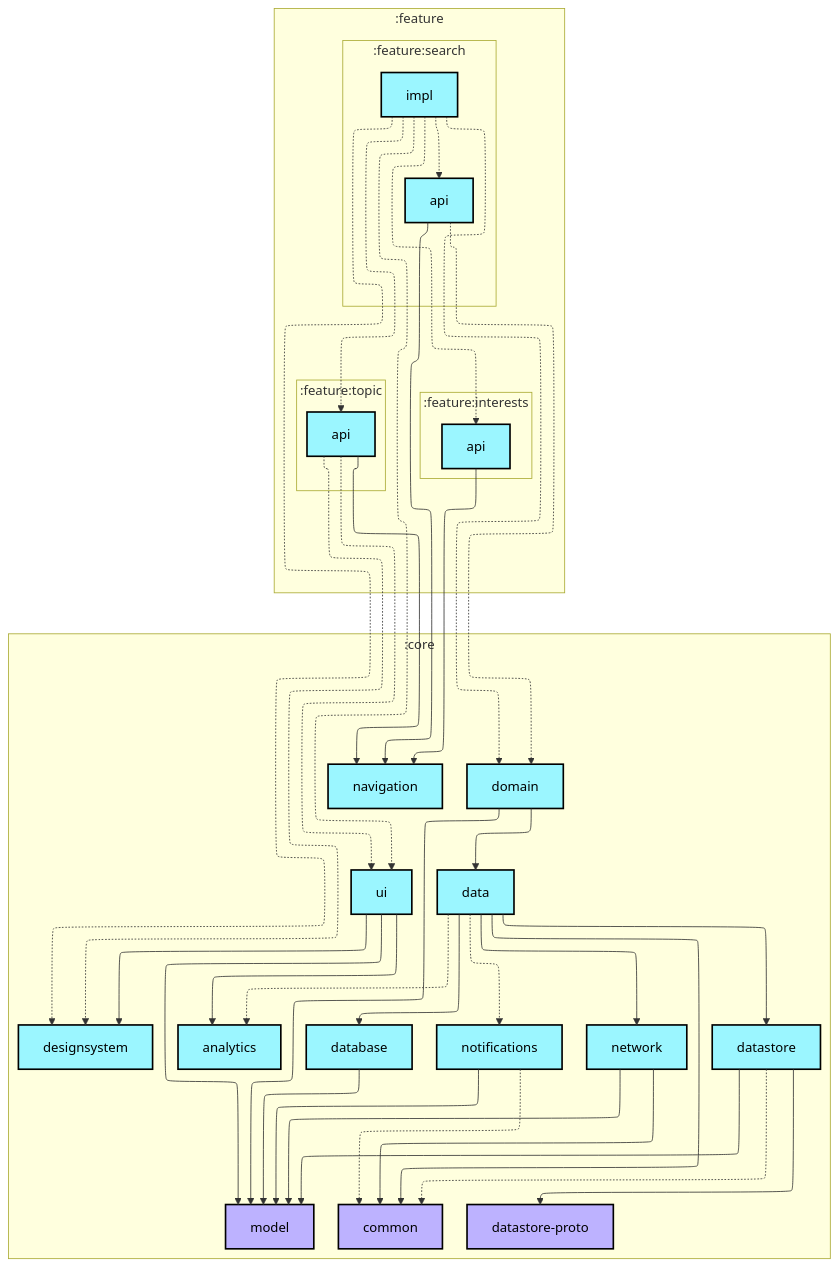
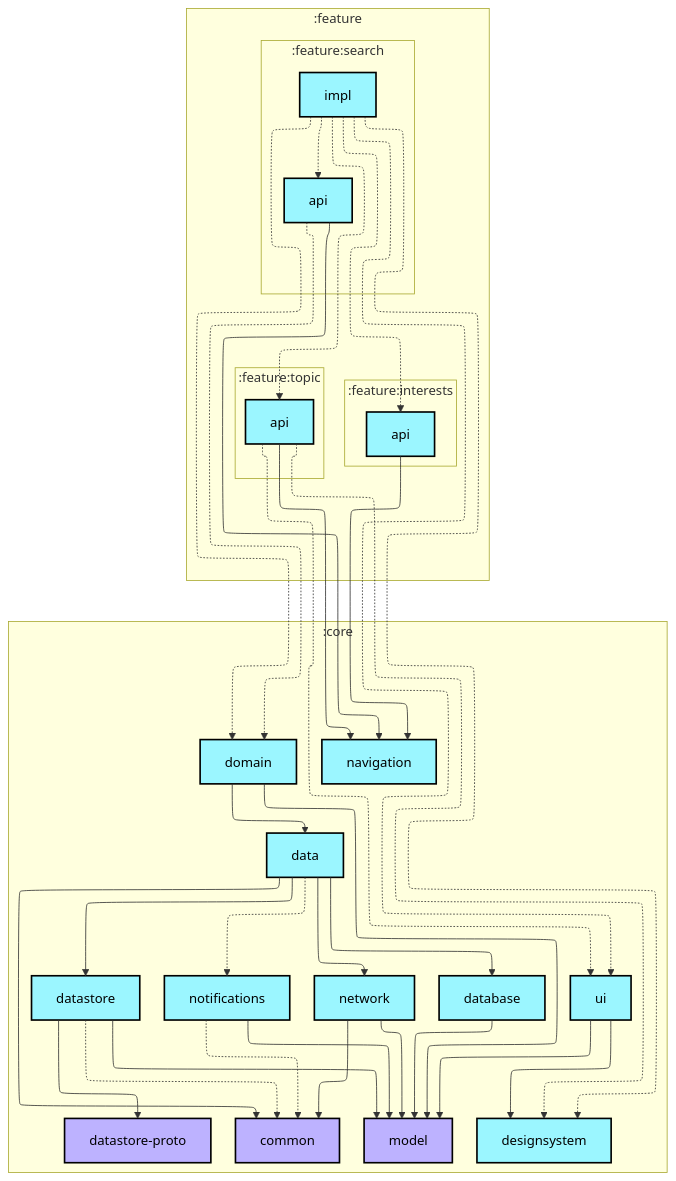
The first of 2 diagrams in feature/search/impl/README.md (weiyuhl/Jasmine66), drawn with Mermaid before and after one commit. The commit also changed 26 other files, not shown here.

````diff
--- a/feature/search/impl/README.md
+++ b/feature/search/impl/README.md
@@ -6,80 +6,77 @@
 ```mermaid
 ---
 config:
   layout: elk
   elk:
     nodePlacementStrategy: SIMPLE
 ---
 graph TB
   subgraph :feature
     direction TB
     subgraph :feature:search
       direction TB
       :feature:search:api[api]:::android-library
       :feature:search:impl[impl]:::android-library
     end
     subgraph :feature:interests
       direction TB
       :feature:interests:api[api]:::android-library
     end
     subgraph :feature:topic
       direction TB
       :feature:topic:api[api]:::android-library
     end
   end
   subgraph :core
     direction TB
-    :core:analytics[analytics]:::android-library
     :core:common[common]:::jvm-library
     :core:data[data]:::android-library
     :core:database[database]:::android-library
     :core:datastore[datastore]:::android-library
     :core:datastore-proto[datastore-proto]:::jvm-library
     :core:designsystem[designsystem]:::android-library
     :core:domain[domain]:::android-library
     :core:model[model]:::jvm-library
     :core:navigation[navigation]:::android-library
     :core:network[network]:::android-library
     :core:notifications[notifications]:::android-library
     :core:ui[ui]:::android-library
   end
 
-  :core:data -.-> :core:analytics
   :core:data --> :core:common
   :core:data --> :core:database
   :core:data --> :core:datastore
   :core:data --> :core:network
   :core:data -.-> :core:notifications
   :core:database --> :core:model
   :core:datastore -.-> :core:common
   :core:datastore --> :core:datastore-proto
   :core:datastore --> :core:model
   :core:domain --> :core:data
   :core:domain --> :core:model
   :core:network --> :core:common
   :core:network --> :core:model
   :core:notifications -.-> :core:common
   :core:notifications --> :core:model
-  :core:ui --> :core:analytics
   :core:ui --> :core:designsystem
   :core:ui --> :core:model
   :feature:interests:api --> :core:navigation
   :feature:search:api -.-> :core:domain
   :feature:search:api --> :core:navigation
   :feature:search:impl -.-> :core:designsystem
   :feature:search:impl -.-> :core:domain
   :feature:search:impl -.-> :core:ui
   :feature:search:impl -.-> :feature:interests:api
   :feature:search:impl -.-> :feature:search:api
   :feature:search:impl -.-> :feature:topic:api
   :feature:topic:api -.-> :core:designsystem
   :feature:topic:api --> :core:navigation
   :feature:topic:api -.-> :core:ui
 
 classDef android-application fill:#CAFFBF,stroke:#000,stroke-width:2px,color:#000;
 classDef android-feature fill:#FFD6A5,stroke:#000,stroke-width:2px,color:#000;
 classDef android-library fill:#9BF6FF,stroke:#000,stroke-width:2px,color:#000;
 classDef android-test fill:#A0C4FF,stroke:#000,stroke-width:2px,color:#000;
 classDef jvm-library fill:#BDB2FF,stroke:#000,stroke-width:2px,color:#000;
 classDef unknown fill:#FFADAD,stroke:#000,stroke-width:2px,color:#000;
 ```
````
